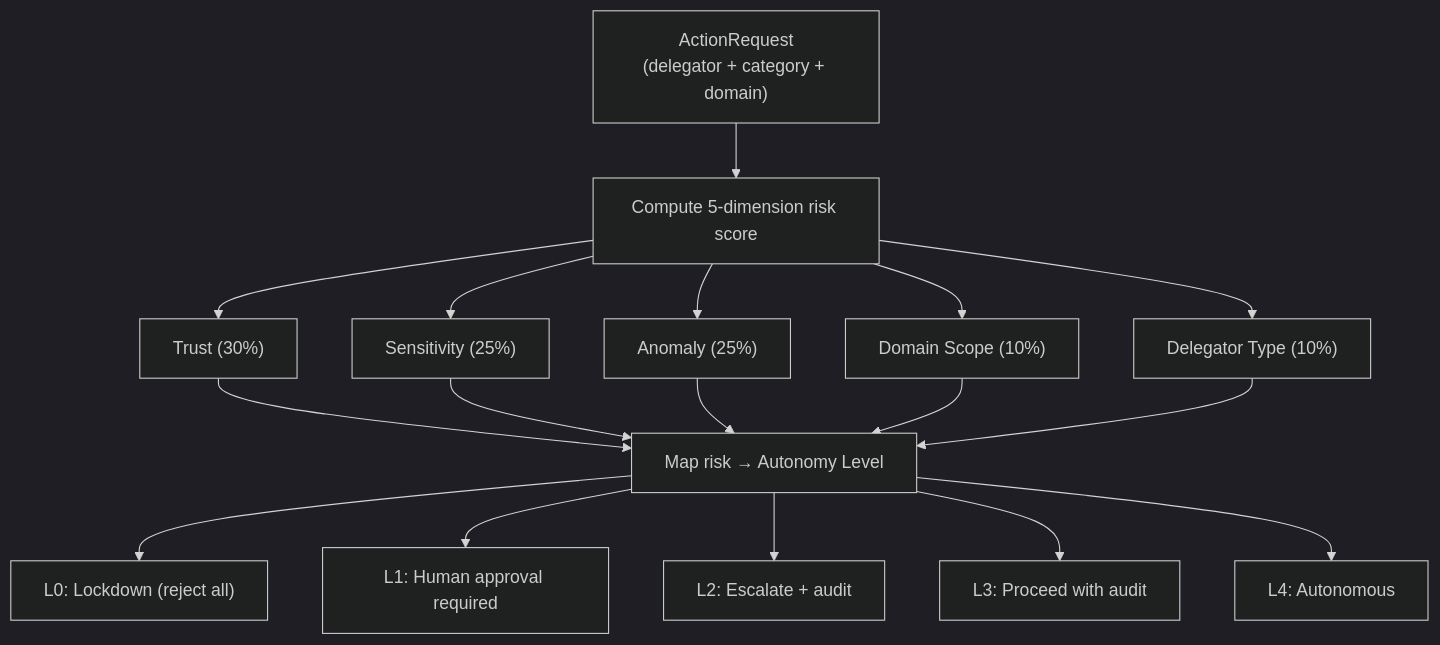
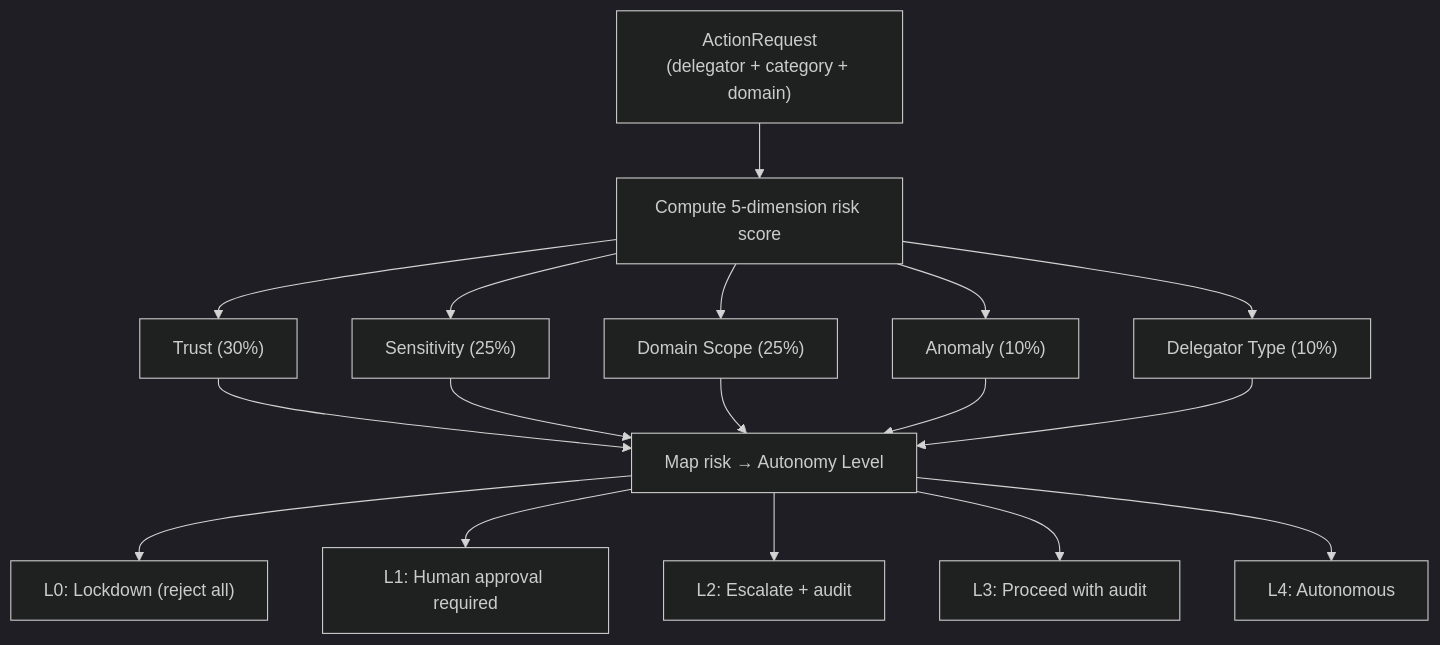
One commit to langyo/kirino changed the fifth of 5 diagrams in README.md. Above: the diagram before and after it, drawn with Mermaid (dark theme). The commit also changed other lines of this file and 78 other files, not shown here.

````diff
--- a/README.md
+++ b/README.md
@@ -271,16 +268,16 @@
 ```mermaid
 flowchart TD
     REQ["ActionRequest<br/>(delegator + category + domain)"]
     REQ --> RISK["Compute 5-dimension risk score"]
     RISK --> D1["Trust (30%)"]
     RISK --> D2["Sensitivity (25%)"]
-    RISK --> D3["Anomaly (25%)"]
-    RISK --> D4["Domain Scope (10%)"]
+    RISK --> D3["Domain Scope (25%)"]
+    RISK --> D4["Anomaly (10%)"]
     RISK --> D5["Delegator Type (10%)"]
     D1 & D2 & D3 & D4 & D5 --> MAP["Map risk → Autonomy Level"]
     MAP --> L0["L0: Lockdown (reject all)"]
     MAP --> L1["L1: Human approval required"]
     MAP --> L2["L2: Escalate + audit"]
     MAP --> L3["L3: Proceed with audit"]
     MAP --> L4["L4: Autonomous"]
 ```
````
